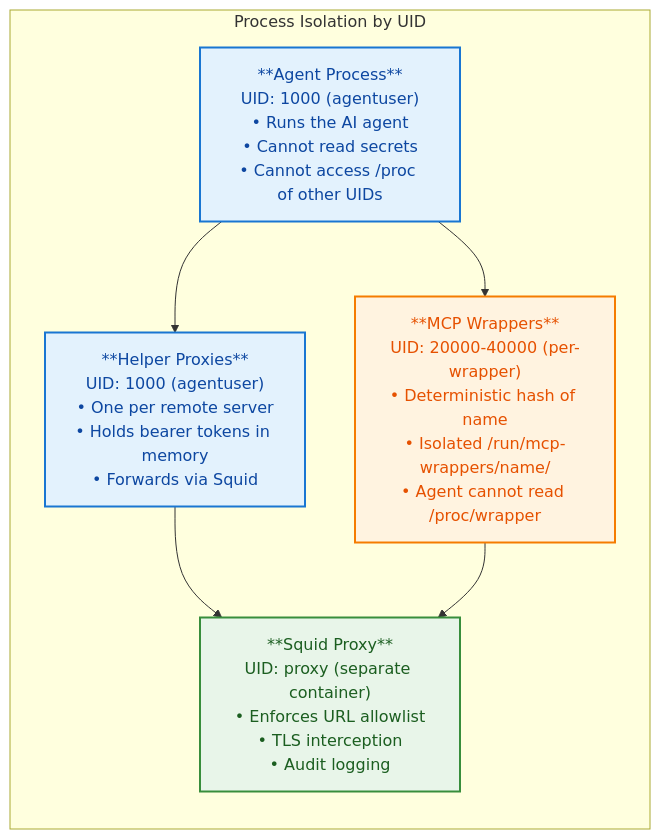
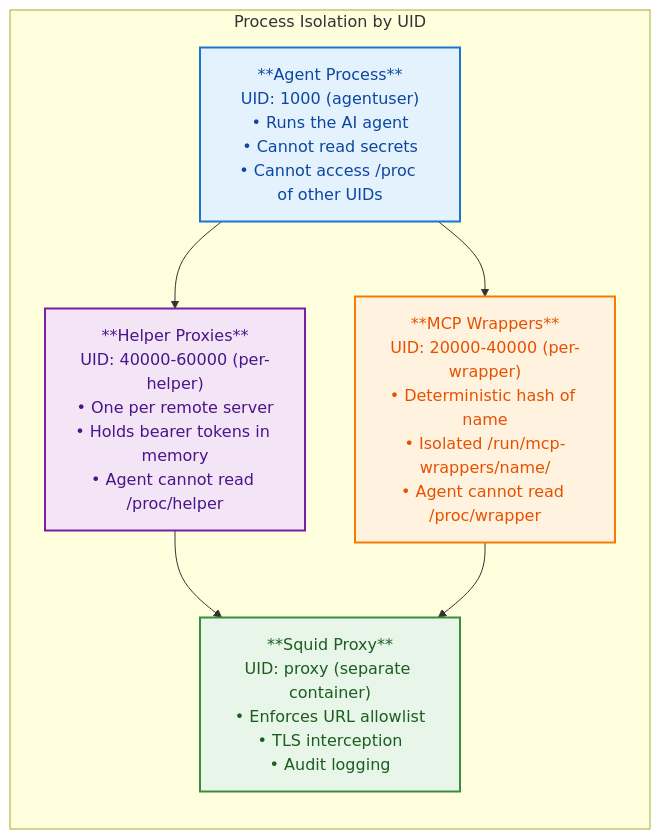
Before and after one commit to novotnyllc/ContainAI: the second of 10 diagrams in docs/development/mcp-proxy-architecture.md, drawn with Mermaid. The commit also changed other lines of this file and 2 other files, not shown here.

Commit message:
refactor: enhance MCP helper and wrapper UID isolation with comprehensive tests

````diff
--- a/docs/development/mcp-proxy-architecture.md
+++ b/docs/development/mcp-proxy-architecture.md
@@ -86,23 +86,23 @@
 ```mermaid
 flowchart LR
     subgraph uids["Process Isolation by UID"]
         direction TB
         agent_uid["**Agent Process**<br/>UID: 1000 (agentuser)<br/>• Runs the AI agent<br/>• Cannot read secrets<br/>• Cannot access /proc of other UIDs"]
         
-        helper_uid["**Helper Proxies**<br/>UID: 1000 (agentuser)<br/>• One per remote server<br/>• Holds bearer tokens in memory<br/>• Forwards via Squid"]
+        helper_uid["**Helper Proxies**<br/>UID: 40000-60000 (per-helper)<br/>• One per remote server<br/>• Holds bearer tokens in memory<br/>• Agent cannot read /proc/helper"]
         
         wrapper_uid["**MCP Wrappers**<br/>UID: 20000-40000 (per-wrapper)<br/>• Deterministic hash of name<br/>• Isolated /run/mcp-wrappers/name/<br/>• Agent cannot read /proc/wrapper"]
         
         squid_uid["**Squid Proxy**<br/>UID: proxy (separate container)<br/>• Enforces URL allowlist<br/>• TLS interception<br/>• Audit logging"]
     end
     
     agent_uid --> helper_uid
     agent_uid --> wrapper_uid
     helper_uid --> squid_uid
     wrapper_uid --> squid_uid
     
     style agent_uid fill:#e3f2fd,stroke:#1976d2,stroke-width:2px,color:#0d47a1
-    style helper_uid fill:#e3f2fd,stroke:#1976d2,stroke-width:2px,color:#0d47a1
+    style helper_uid fill:#f3e5f5,stroke:#7b1fa2,stroke-width:2px,color:#4a148c
     style wrapper_uid fill:#fff3e0,stroke:#f57c00,stroke-width:2px,color:#e65100
     style squid_uid fill:#e8f5e9,stroke:#388e3c,stroke-width:2px,color:#1b5e20
 ```
````
